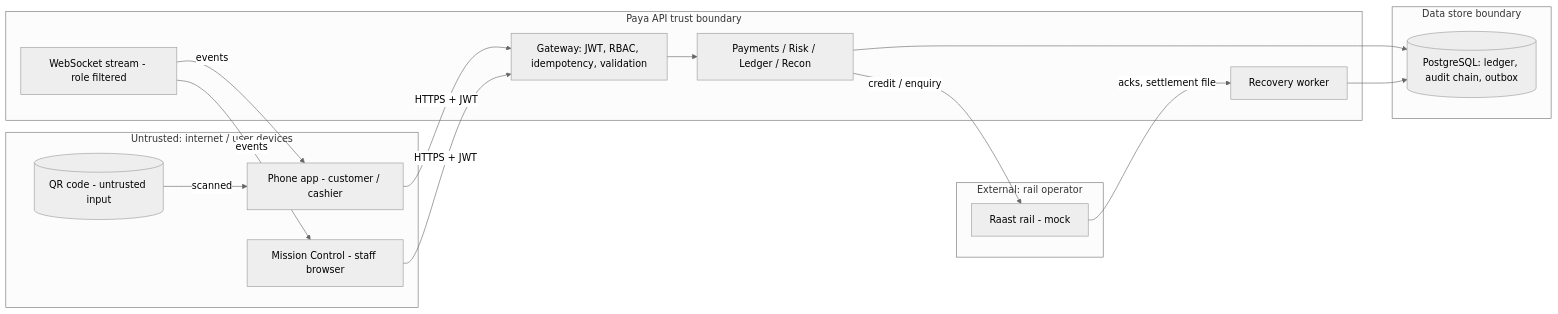
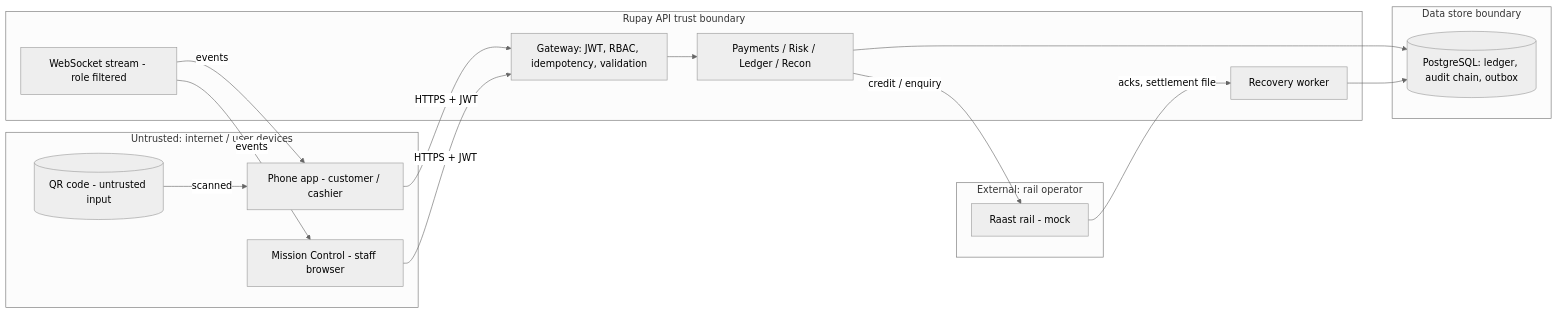
One commit to ruufaayl/paya changed the diagram in docs/architecture/11-threat-model.md. Above: the diagram before and after it, drawn with Mermaid (neutral theme). The commit also changed other lines of this file and 116 other files, not shown here.

````diff
--- a/docs/architecture/11-threat-model.md
+++ b/docs/architecture/11-threat-model.md
@@ -9,29 +9,29 @@
 ```mermaid
 flowchart LR
   subgraph TB1[Untrusted: internet / user devices]
     PWA[Phone app - customer / cashier]
     MC[Mission Control - staff browser]
     QR[(QR code - untrusted input)]
   end
-  subgraph TB2[Paya API trust boundary]
+  subgraph TB2[Rupay API trust boundary]
     GW[Gateway: JWT, RBAC, idempotency, validation]
     CORE[Payments / Risk / Ledger / Recon]
     WK[Recovery worker]
     WS[WebSocket stream - role filtered]
   end
   subgraph TB3[Data store boundary]
     DB[(PostgreSQL: ledger, audit chain, outbox)]
   end
   subgraph TB4[External: rail operator]
     RAIL[Raast rail - mock]
   end
   QR -- scanned --> PWA
   PWA -- HTTPS + JWT --> GW
   MC -- HTTPS + JWT --> GW
   GW --> CORE --> DB
   WK --> DB
   CORE -- credit / enquiry --> RAIL
   RAIL -- acks, settlement file --> WK
   WS -- events --> PWA
   WS -- events --> MC
 ```
````
